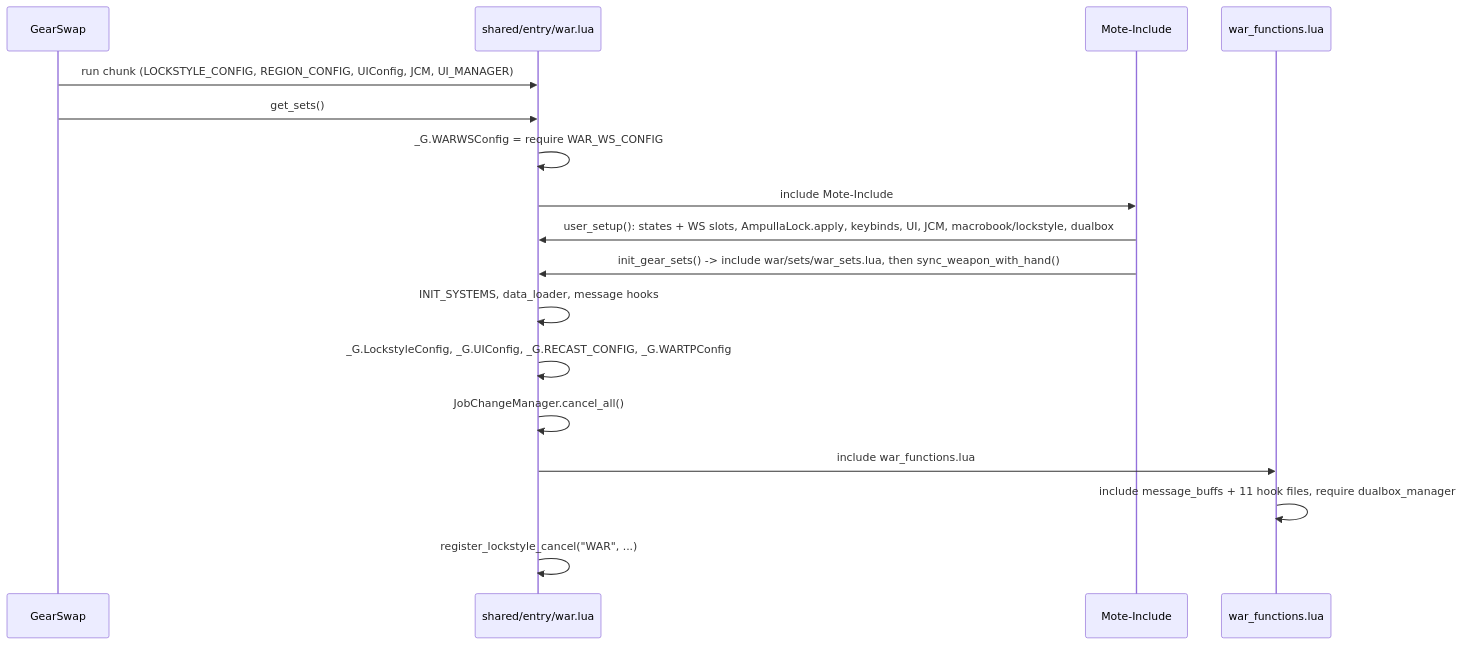
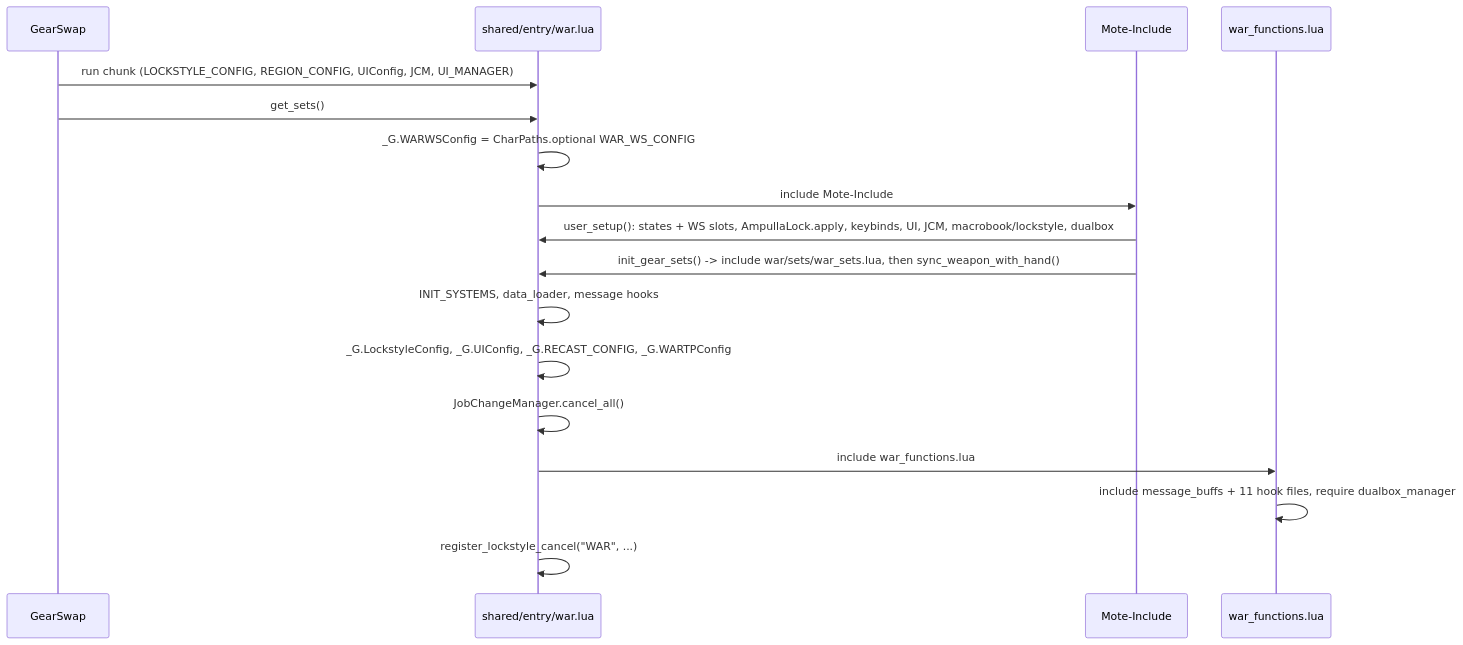
Before and after one commit to ejouanchicot/Gearswap: the first of 2 diagrams in docs/dev/jobs/war.md, drawn with Mermaid. The commit also changed other lines of this file and 83 other files, not shown here.

````diff
--- a/docs/dev/jobs/war.md
+++ b/docs/dev/jobs/war.md
@@ -105,19 +108,19 @@
 ```mermaid
 sequenceDiagram
     participant GS as GearSwap
     participant E as shared/entry/war.lua
     participant M as Mote-Include
     participant F as war_functions.lua
     GS->>E: run chunk (LOCKSTYLE_CONFIG, REGION_CONFIG, UIConfig, JCM, UI_MANAGER)
     GS->>E: get_sets()
-    E->>E: _G.WARWSConfig = require WAR_WS_CONFIG
+    E->>E: _G.WARWSConfig = CharPaths.optional WAR_WS_CONFIG
     E->>M: include Mote-Include
     M->>E: user_setup(): states + WS slots, AmpullaLock.apply, keybinds, UI, JCM, macrobook/lockstyle, dualbox
     M->>E: init_gear_sets() -> include war/sets/war_sets.lua, then sync_weapon_with_hand()
     E->>E: INIT_SYSTEMS, data_loader, message hooks
     E->>E: _G.LockstyleConfig, _G.UIConfig, _G.RECAST_CONFIG, _G.WARTPConfig
     E->>E: JobChangeManager.cancel_all()
     E->>F: include war_functions.lua
     F->>F: include message_buffs + 11 hook files, require dualbox_manager
     E->>E: register_lockstyle_cancel("WAR", ...)
 ```
````
